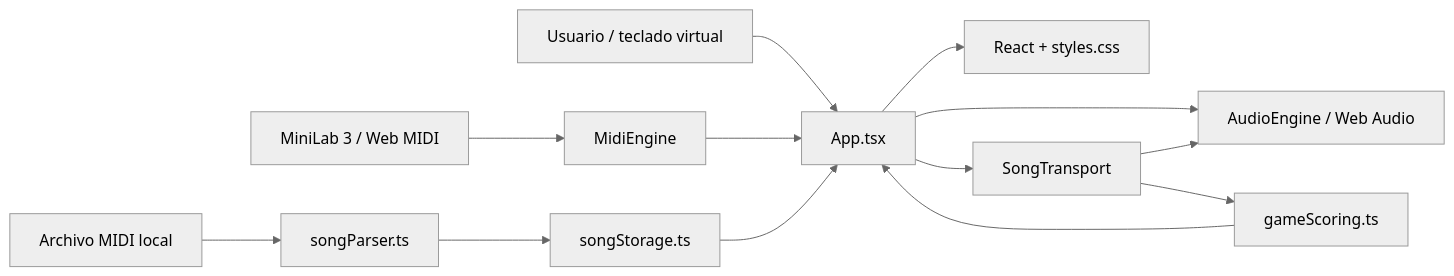
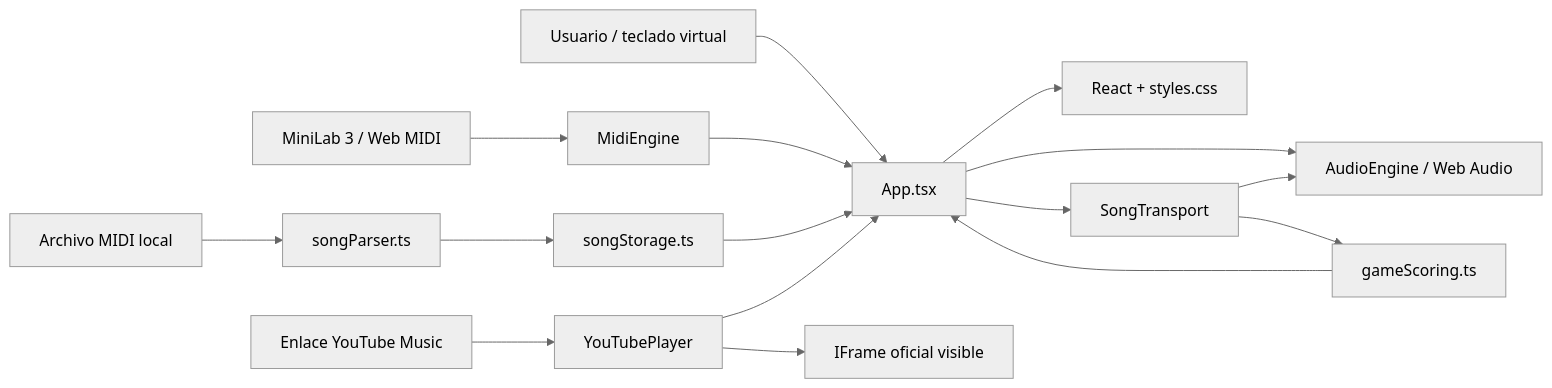
The diagram in docs/ARCHITECTURE.md (JoaquinOviedo/MiniLab-Playground), drawn with Mermaid (neutral theme) before and after one commit. The commit also changed other lines of this file and 12 other files, not shown here.

Commit message:
Add YouTube Guitar Hero and Rocksmith modes

````diff
--- a/docs/ARCHITECTURE.md
+++ b/docs/ARCHITECTURE.md
@@ -20,15 +20,18 @@
 ```mermaid
 flowchart LR
   User["Usuario / teclado virtual"] --> App["App.tsx"]
   Midi["MiniLab 3 / Web MIDI"] --> MidiEngine["MidiEngine"]
   MidiEngine --> App
   App --> Audio["AudioEngine / Web Audio"]
   App --> UI["React + styles.css"]
   File["Archivo MIDI local"] --> Parser["songParser.ts"]
   Parser --> Storage["songStorage.ts"]
   Storage --> App
   App --> Transport["SongTransport"]
   Transport --> Audio
+  Link["Enlace YouTube Music"] --> YouTube["YouTubePlayer"]
+  YouTube --> App
+  YouTube --> Official["IFrame oficial visible"]
   Transport --> Scoring["gameScoring.ts"]
   Scoring --> App
 ```
````
